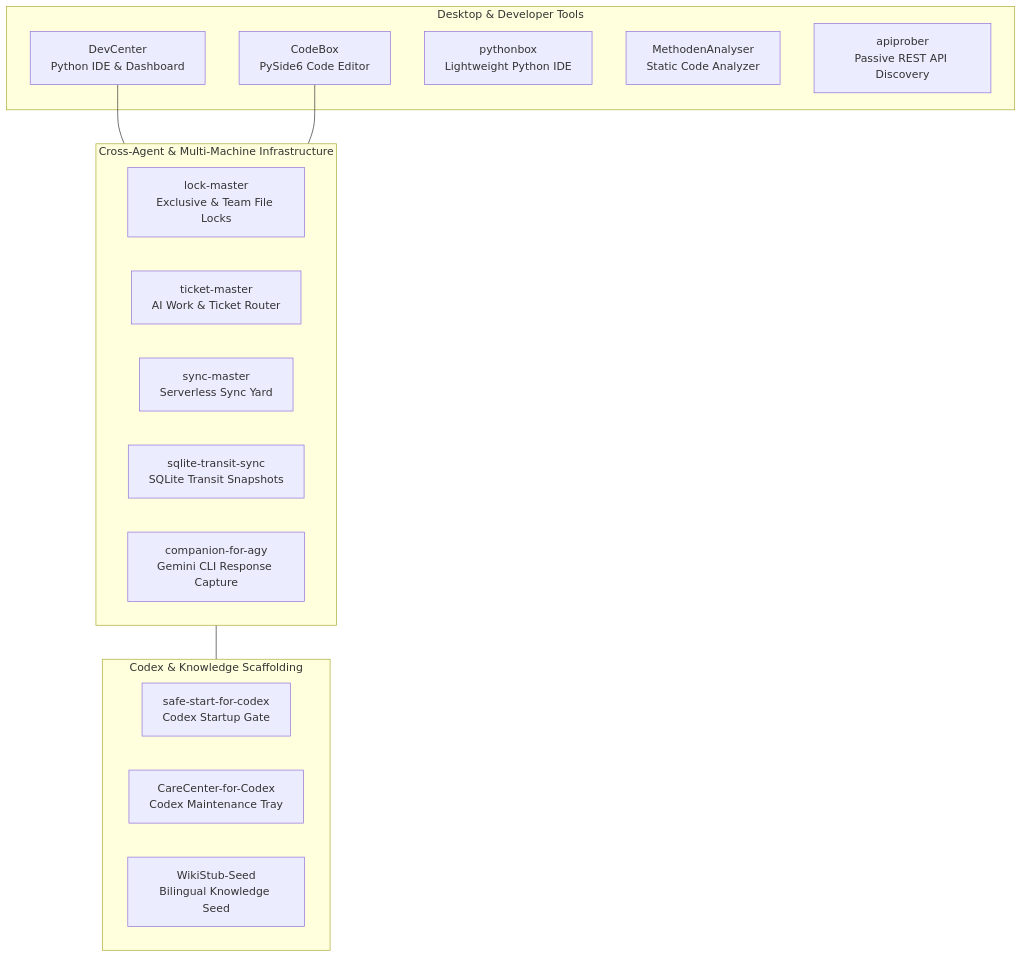
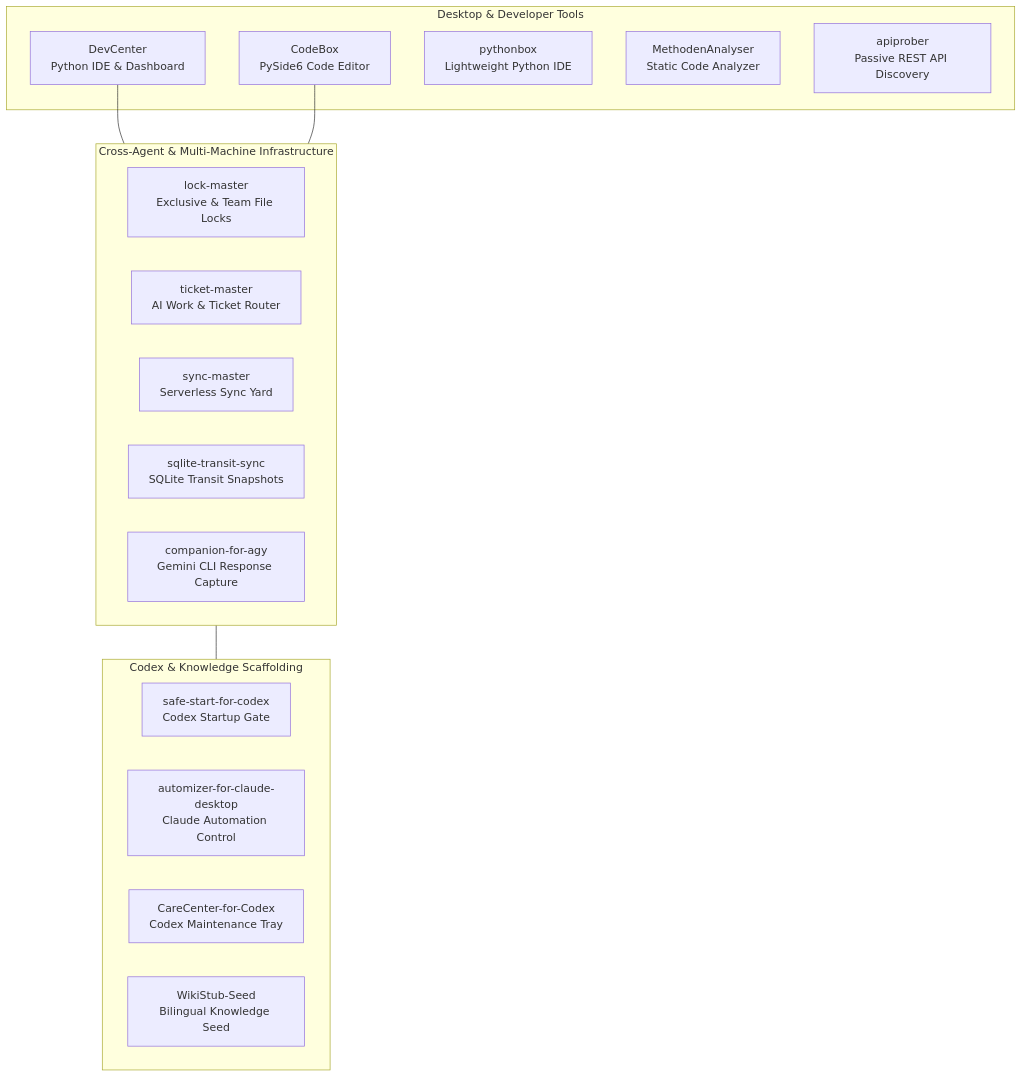
One commit to dev-bricks/.github changed the diagram in profile/README.md. Above: the diagram before and after it, drawn with Mermaid. The commit also changed other lines of this file and 2 other files, not shown here.

````diff
--- a/profile/README.md
+++ b/profile/README.md
@@ -67,28 +73,29 @@
 ```mermaid
 flowchart TD
   subgraph IDE["Desktop & Developer Tools"]
     DC["DevCenter<br/>Python IDE & Dashboard"]
     CB["CodeBox<br/>PySide6 Code Editor"]
     PB["pythonbox<br/>Lightweight Python IDE"]
     MA["MethodenAnalyser<br/>Static Code Analyzer"]
     AP["apiprober<br/>Passive REST API Discovery"]
   end
 
   subgraph INFRA["Cross-Agent & Multi-Machine Infrastructure"]
     LM["lock-master<br/>Exclusive & Team File Locks"]
     TM["ticket-master<br/>AI Work & Ticket Router"]
     SM["sync-master<br/>Serverless Sync Yard"]
     STS["sqlite-transit-sync<br/>SQLite Transit Snapshots"]
     AGY["companion-for-agy<br/>Gemini CLI Response Capture"]
   end
 
   subgraph AGENT["Codex & Knowledge Scaffolding"]
     SSC["safe-start-for-codex<br/>Codex Startup Gate"]
+    ACD["automizer-for-claude-desktop<br/>Claude Automation Control"]
     CCC["CareCenter-for-Codex<br/>Codex Maintenance Tray"]
     WSS["WikiStub-Seed<br/>Bilingual Knowledge Seed"]
   end
 
   DC --- INFRA
   CB --- INFRA
   INFRA --- AGENT
 ```
````
